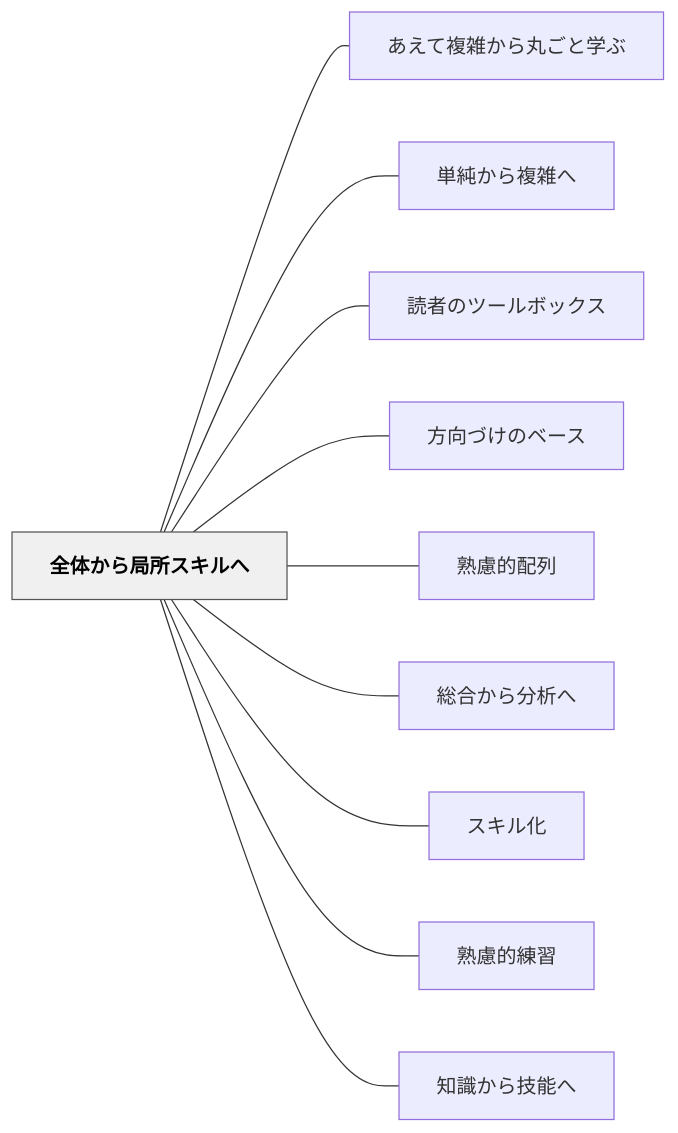
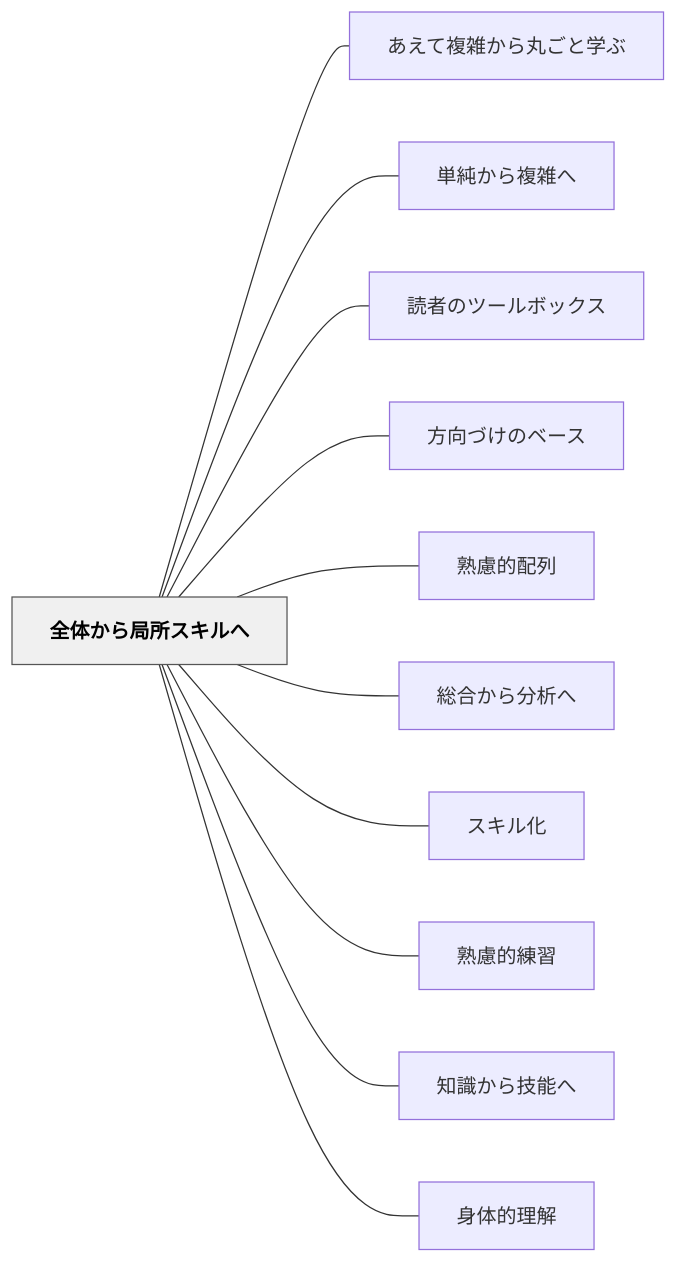
The diagram in content/パタン/全体から局所スキルへ.md (unknownthings-ed-patterns/unknownthings-ed-patterns), drawn with Mermaid before and after one commit. The commit also changed other lines of this file and 158 other files, not shown here.

````diff
--- a/content/パタン/全体から局所スキルへ.md
+++ b/content/パタン/全体から局所スキルへ.md
@@ -47,26 +97,28 @@
 ```mermaid
 flowchart LR
     ne585a8e4bd93e3818be38289e5b180e68980e382b9e382ade383abe381b8["全体から局所スキルへ"]
     ne38182e38188e381a6e8a487e99b91e3818be38289e4b8b8e38194e381a8e5ada6e381b6["あえて複雑から丸ごと学ぶ"]
     ne58d98e7b494e3818be38289e8a487e99b91e381b8["単純から複雑へ"]
     ne8aaade88085e381aee38384e383bce383abe3839ce38383e382afe382b9["読者のツールボックス"]
     ne696b9e59091e381a5e38191e381aee38399e383bce382b9["方向づけのベース"]
     ne7869fe685aee79a84e9858de58897["熟慮的配列"]
     ne7b78fe59088e3818be38289e58886e69e90e381b8["総合から分析へ"]
     ne382b9e382ade383abe58c96["スキル化"]
     ne7869fe685aee79a84e7b7b4e7bf92["熟慮的練習"]
     ne79fa5e8ad98e3818be38289e68a80e883bde381b8["知識から技能へ"]
+    ne8baabe4bd93e79a84e79086e8a7a3["身体的理解"]
 
     ne585a8e4bd93e3818be38289e5b180e68980e382b9e382ade383abe381b8 --- ne38182e38188e381a6e8a487e99b91e3818be38289e4b8b8e38194e381a8e5ada6e381b6
     ne585a8e4bd93e3818be38289e5b180e68980e382b9e382ade383abe381b8 --- ne58d98e7b494e3818be38289e8a487e99b91e381b8
     ne585a8e4bd93e3818be38289e5b180e68980e382b9e382ade383abe381b8 --- ne8aaade88085e381aee38384e383bce383abe3839ce38383e382afe382b9
     ne585a8e4bd93e3818be38289e5b180e68980e382b9e382ade383abe381b8 --- ne696b9e59091e381a5e38191e381aee38399e383bce382b9
     ne585a8e4bd93e3818be38289e5b180e68980e382b9e382ade383abe381b8 --- ne7869fe685aee79a84e9858de58897
     ne585a8e4bd93e3818be38289e5b180e68980e382b9e382ade383abe381b8 --- ne7b78fe59088e3818be38289e58886e69e90e381b8
     ne585a8e4bd93e3818be38289e5b180e68980e382b9e382ade383abe381b8 --- ne382b9e382ade383abe58c96
     ne585a8e4bd93e3818be38289e5b180e68980e382b9e382ade383abe381b8 --- ne7869fe685aee79a84e7b7b4e7bf92
     ne585a8e4bd93e3818be38289e5b180e68980e382b9e382ade383abe381b8 --- ne79fa5e8ad98e3818be38289e68a80e883bde381b8
+    ne585a8e4bd93e3818be38289e5b180e68980e382b9e382ade383abe381b8 --- ne8baabe4bd93e79a84e79086e8a7a3
 
     classDef hub fill:#f0f0f0,stroke:#555,color:#000,font-weight:bold
     class ne585a8e4bd93e3818be38289e5b180e68980e382b9e382ade383abe381b8 hub
 ```
````
